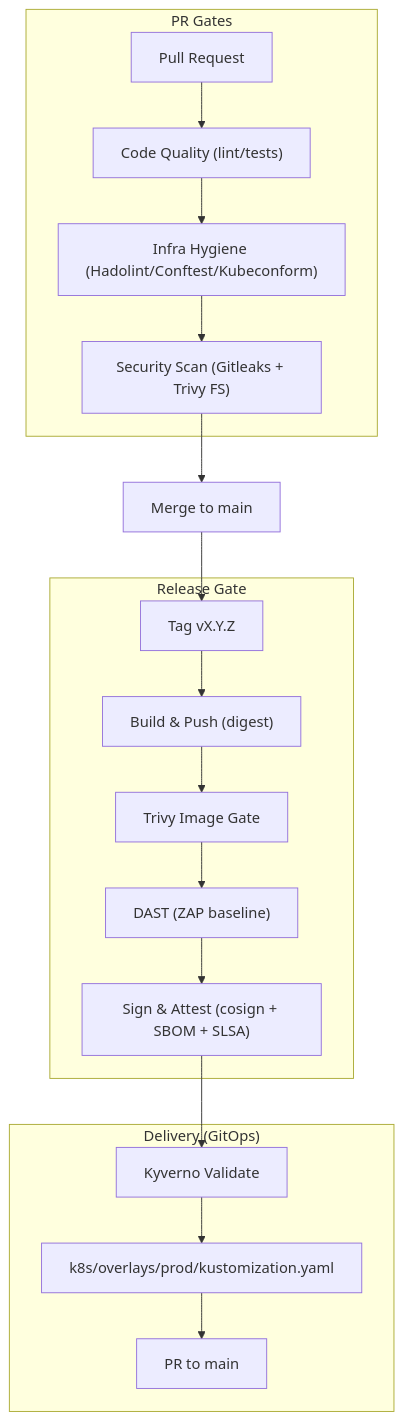
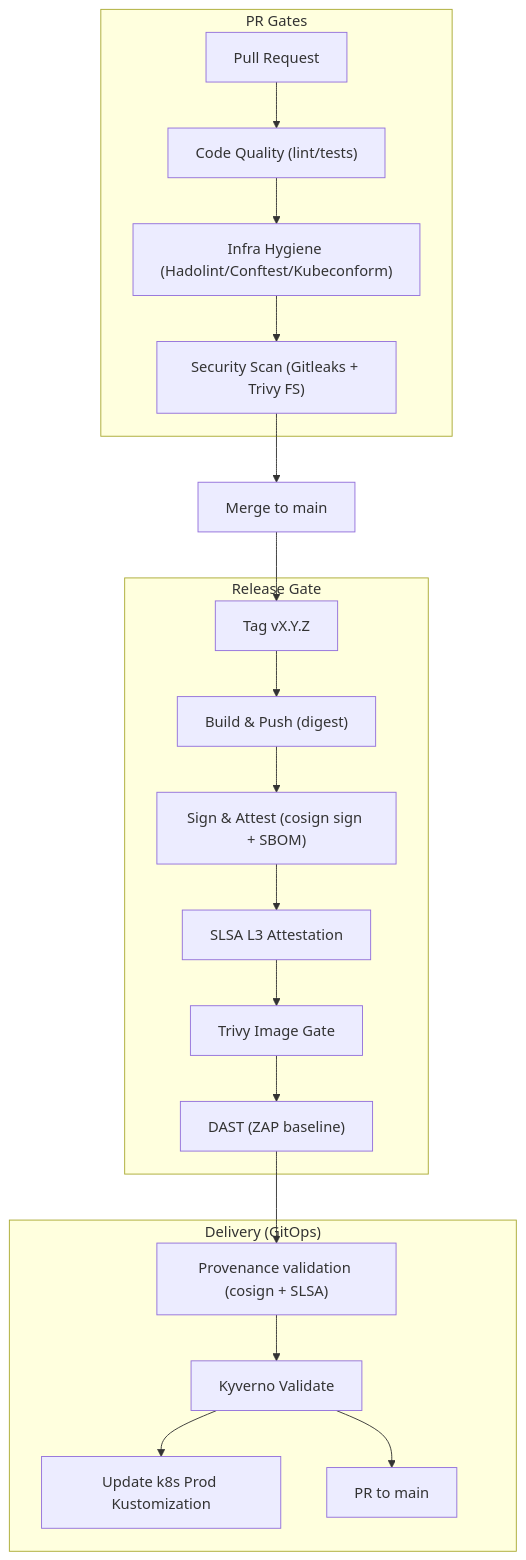
One commit to agslima/software-delivery-pipeline changed the diagram in README.md. Above: the diagram before and after it, drawn with Mermaid.

````diff
--- a/README.md
+++ b/README.md
@@ -88,24 +88,26 @@
 ```mermaid
 graph TD
     subgraph "PR Gates"
         A[Pull Request] --> B["Code Quality (lint/tests)"]
         B --> C["Infra Hygiene (Hadolint/Conftest/Kubeconform)"]
         C --> D["Security Scan (Gitleaks + Trivy FS)"]
     end
 
     D --> E[Merge to main]
     E --> F[Tag vX.Y.Z]
 
     subgraph "Release Gate"
         F --> G["Build & Push (digest)"]
-        G --> H[Trivy Image Gate]
-        H --> I["DAST (ZAP baseline)"]
-        I --> J["Sign & Attest (cosign + SBOM + SLSA)"]
+        G --> H["Sign & Attest (cosign sign + SBOM)"]
+        H --> I[SLSA L3 Attestation]
+        I --> J[Trivy Image Gate]
+        J --> K["DAST (ZAP baseline)"]
     end
 
     subgraph "Delivery (GitOps)"
-        J --> K[Kyverno Validate]
-        K --> L[k8s/overlays/prod/kustomization.yaml]
-        L --> M[PR to main]
+        K --> L["Provenance validation (cosign + SLSA)" ]
+        L --> M[Kyverno Validate]
+        M --> N[Update k8s Prod Kustomization]
+        M --> O[PR to main]
     end
 ```
````
